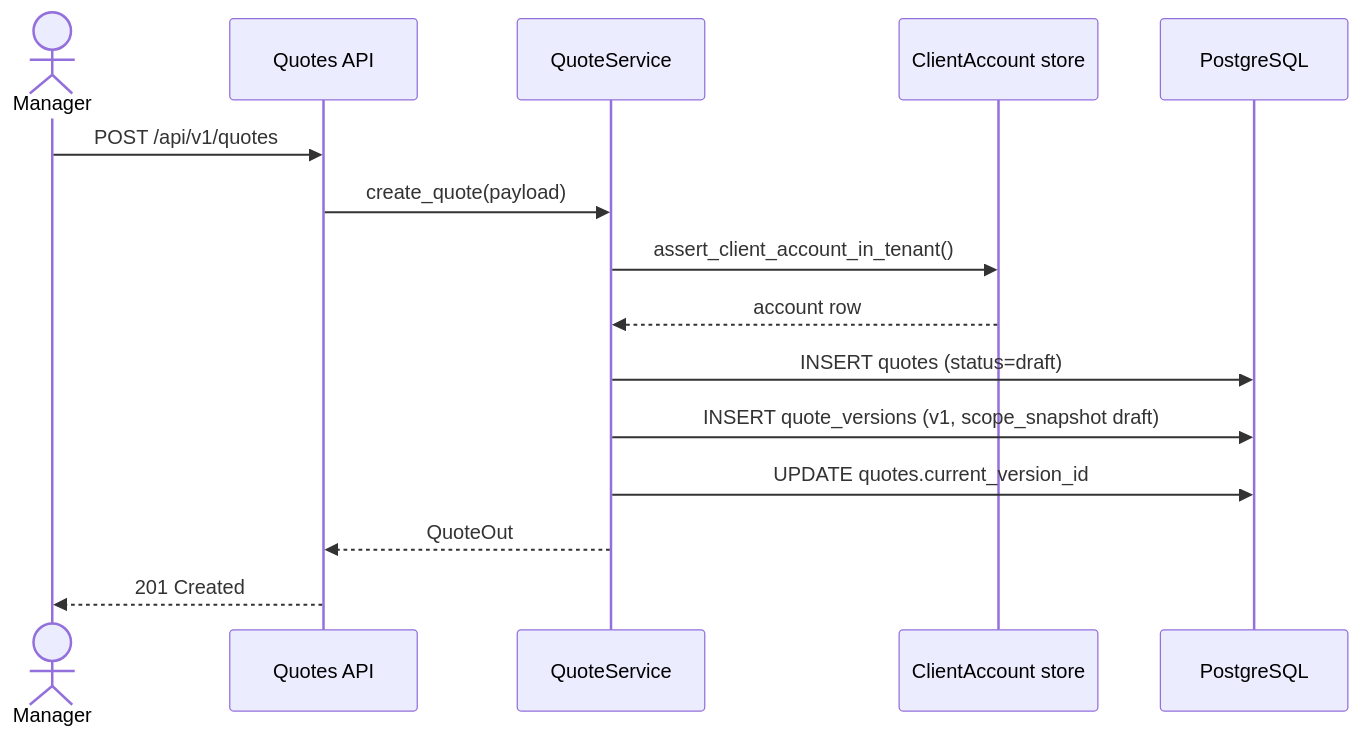
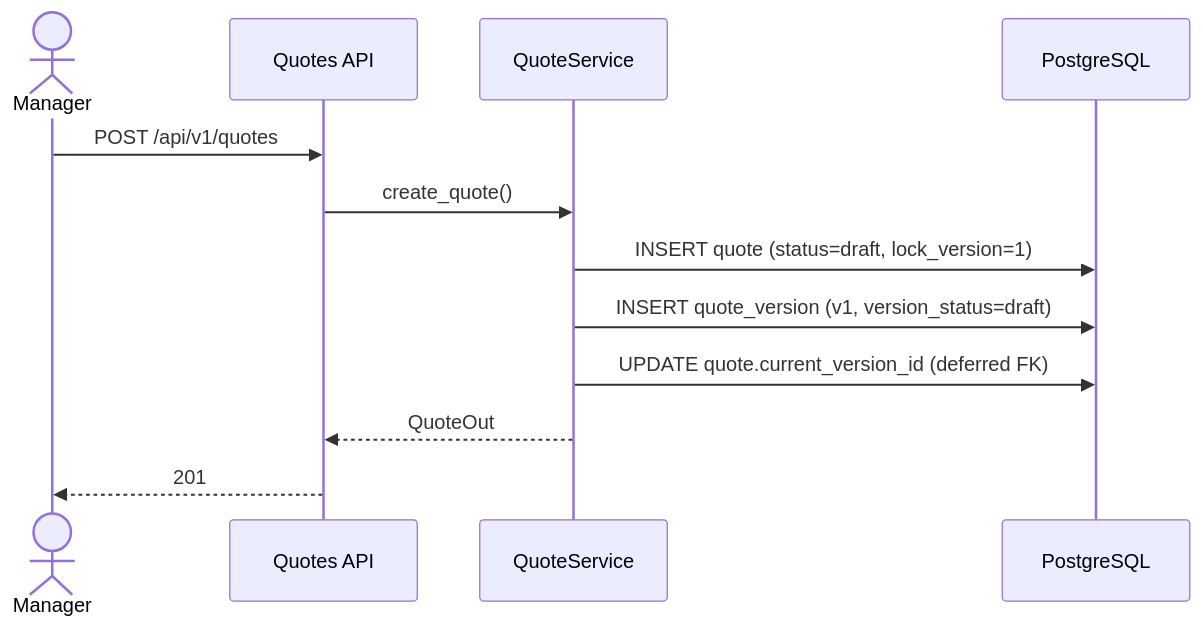
Before and after one commit to igortatarynovich/HostFlow: the first of 6 diagrams in docs/specs/workflows/stage-1b-quote-lifecycle-sequences.md, drawn with Mermaid. The commit also changed other lines of this file and 5 other files, not shown here.

````diff
--- a/docs/specs/workflows/stage-1b-quote-lifecycle-sequences.md
+++ b/docs/specs/workflows/stage-1b-quote-lifecycle-sequences.md
@@ -10,18 +10,15 @@
 ```mermaid
 sequenceDiagram
     actor M as Manager
     participant API as Quotes API
     participant SVC as QuoteService
-    participant CA as ClientAccount store
     participant DB as PostgreSQL
 
     M->>API: POST /api/v1/quotes
-    API->>SVC: create_quote(payload)
-    SVC->>CA: assert_client_account_in_tenant()
-    CA-->>SVC: account row
-    SVC->>DB: INSERT quotes (status=draft)
-    SVC->>DB: INSERT quote_versions (v1, scope_snapshot draft)
-    SVC->>DB: UPDATE quotes.current_version_id
+    API->>SVC: create_quote()
+    SVC->>DB: INSERT quote (status=draft, lock_version=1)
+    SVC->>DB: INSERT quote_version (v1, version_status=draft)
+    SVC->>DB: UPDATE quote.current_version_id (deferred FK)
     SVC-->>API: QuoteOut
-    API-->>M: 201 Created
+    API-->>M: 201
 ```
````
